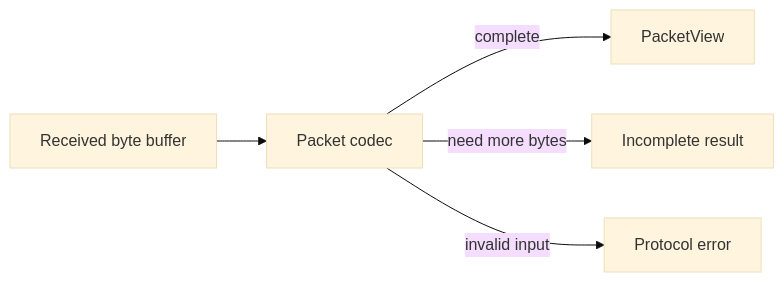
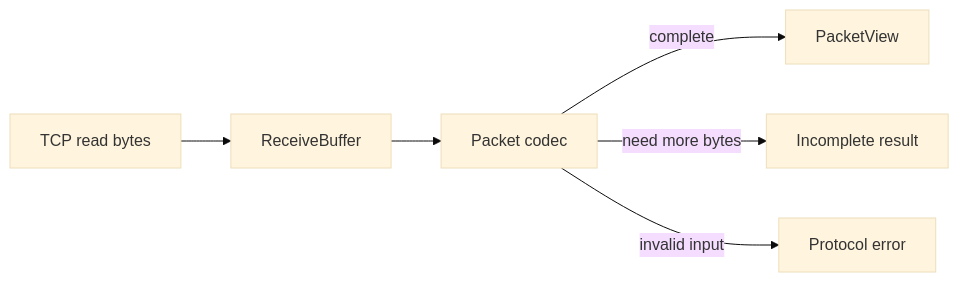
Before and after one commit to yunho303/modern-cpp-room-server: the first of 2 diagrams in docs/architecture.md, drawn with Mermaid (base theme). The commit also changed other lines of this file and 7 other files, not shown here.

Commit message:
feat(network): add stream receive buffer

````diff
--- a/docs/architecture.md
+++ b/docs/architecture.md
@@ -7,7 +7,8 @@
 ```mermaid
 flowchart LR
-    Buffer[Received byte buffer] --> Codec[Packet codec]
+    Read[TCP read bytes] --> Buffer[ReceiveBuffer]
+    Buffer --> Codec[Packet codec]
     Codec -->|complete| View[PacketView]
     Codec -->|need more bytes| Incomplete[Incomplete result]
     Codec -->|invalid input| Reject[Protocol error]
 ```
````
